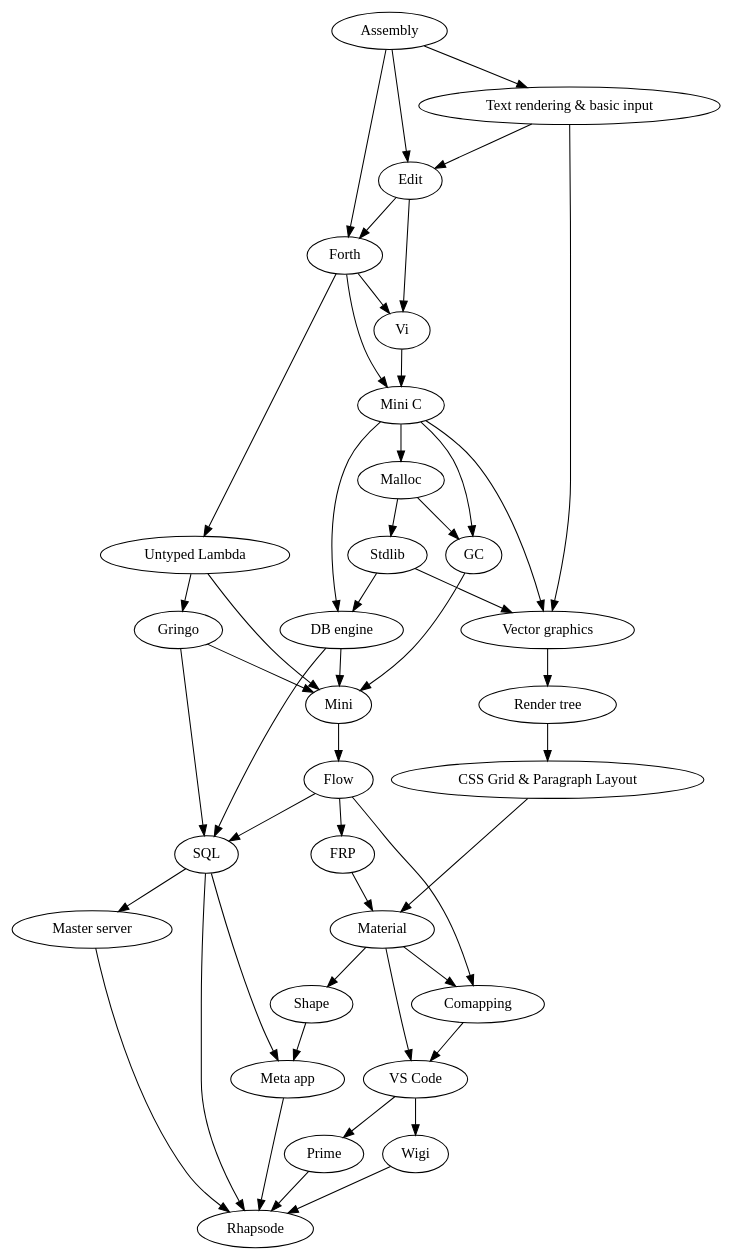
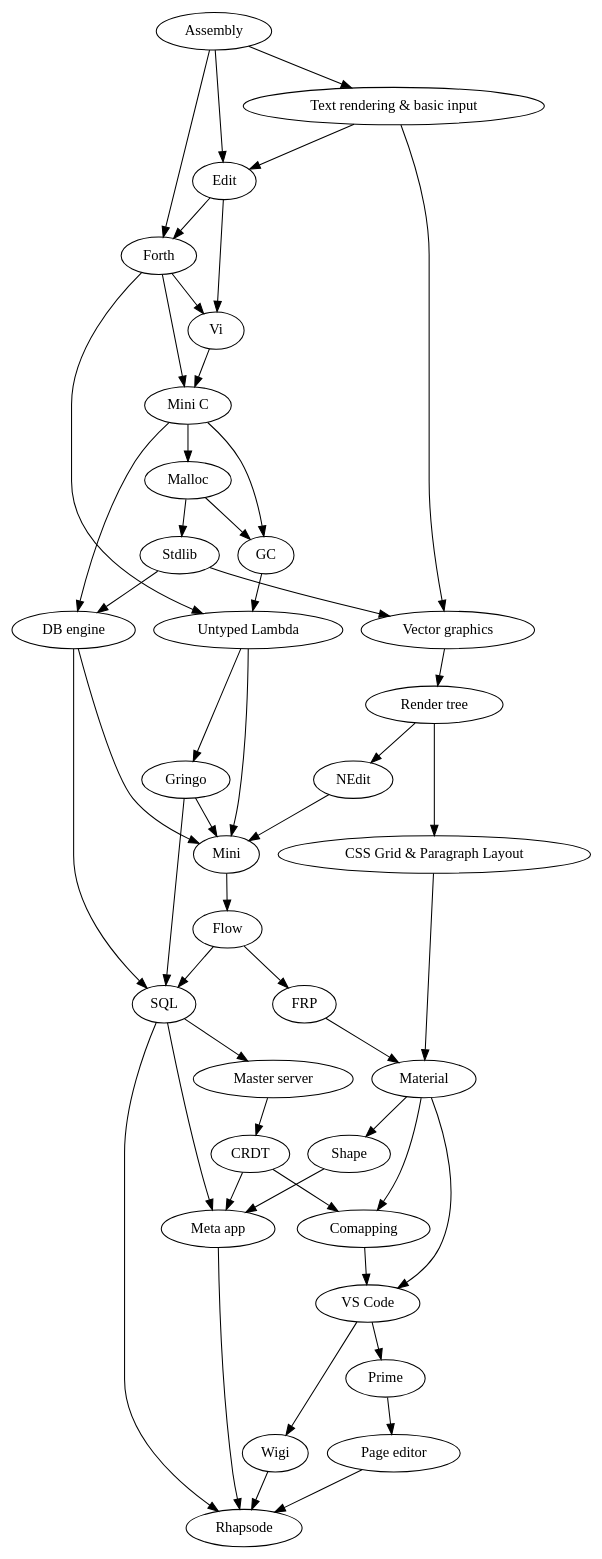
Before and after one commit to area9innovation/fast: the diagram in sandbox/speedrun.dot, drawn with Graphviz. The commit also changed 3 other files, not shown here.

```diff
--- a/sandbox/speedrun.dot
+++ b/sandbox/speedrun.dot
@@ -1,81 +1,87 @@
 digraph graphname {
 "Assembly" -> "Text rendering & basic input";
 "Assembly" -> "Edit";
 "Text rendering & basic input" -> "Edit";
 
 "Edit" -> "Forth";
 "Assembly" -> "Forth";
 "Forth" -> "Vi";
 "Edit" -> "Vi";
 "Forth" -> "Untyped Lambda";
 "Untyped Lambda" -> "Mini";
 
 "Vi" -> "Mini C";
 
 "Forth" -> "Mini C";
 
 "Mini C" -> "Malloc";
 "Malloc" -> "GC";
 "Mini C" -> "GC";
 
 "Malloc" -> "Stdlib";
 
-"GC" -> "Mini";
+"GC" -> "Untyped Lambda";
 
 "Flow" -> "FRP";
 
 "Stdlib" -> "DB engine";
 
+"Render tree" -> "NEdit";
+
 "DB engine" -> "SQL";
+
+"NEdit" -> "Mini";
 
 "Mini" -> "Flow";
 
 "Mini C" -> "DB engine";
 
-"Mini C" -> "Vector graphics";
 "Stdlib" -> "Vector graphics";
 
 "Untyped Lambda" -> "Gringo";
 "Gringo" -> "SQL";
 
 "Flow" -> "SQL";
 "Gringo" -> "Mini";
 
 "DB engine" -> "Mini"
 
-"Flow" -> "Comapping";
+"CRDT" -> "Comapping";
 "Material" -> "Comapping";
 
 "Material" -> "VS Code";
 "Comapping" -> "VS Code";
 
 "VS Code" -> "Wigi";
 
 "VS Code" -> "Prime";
 
 "Material" -> "Shape";
 
 "Wigi" -> "Rhapsode";
 
-"Prime" -> "Rhapsode";
-
 "FRP" -> "Material";
 
 "Text rendering & basic input" -> "Vector graphics";
 "Vector graphics" -> "Render tree";
 "Render tree" -> "CSS Grid & Paragraph Layout";
 "CSS Grid & Paragraph Layout" -> "Material";
 
-"Master server" -> "Rhapsode";
-
 "Shape" -> "Meta app";
 "SQL" -> "Meta app";
+
+"Master server" -> "CRDT";
+
+"CRDT" -> "Meta app";
 
 "Meta app" -> "Rhapsode";
 
 "SQL" -> "Rhapsode";
 
 "SQL" -> "Master server";
 
+"Prime" -> "Page editor";
+
+"Page editor" -> "Rhapsode";
 
 }
```
